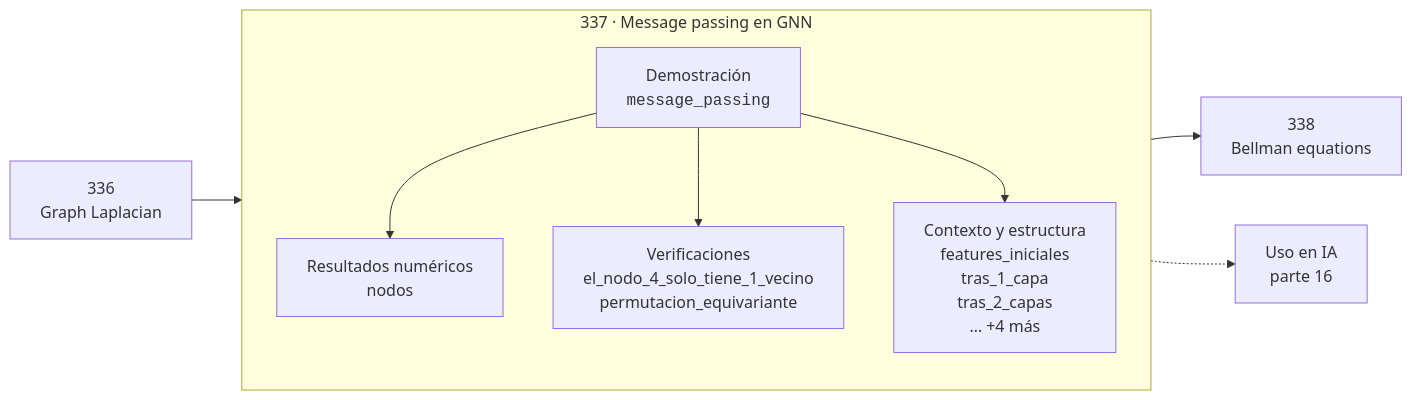
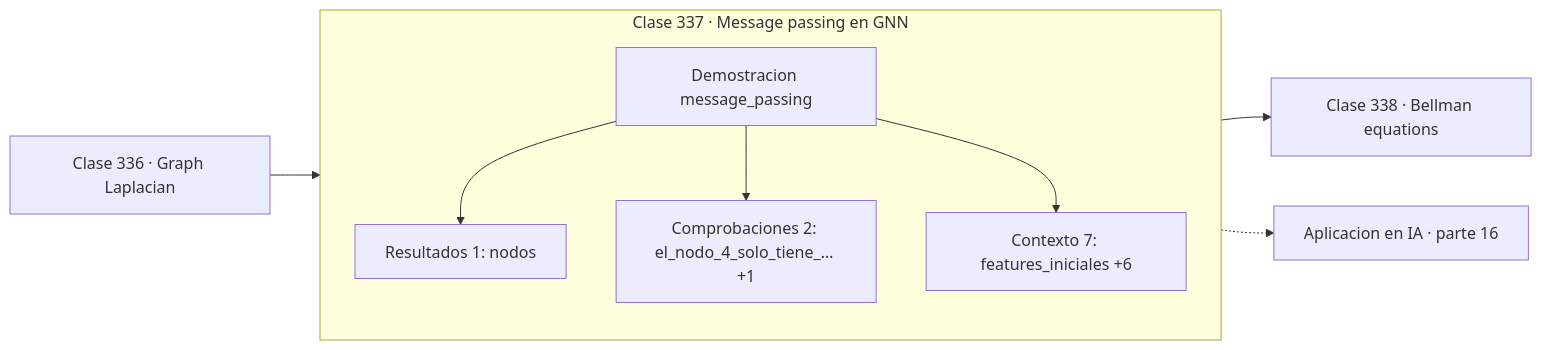
One commit to vladimiracunadev-create/computational-mathematics-program changed the diagram in classes/part-16-matematica-de-transformers-modelos-generativos-grafos-y-rl/337-message-passing-en-gnn/README.md. Above: the diagram before and after it, drawn with Mermaid. The commit also changed 389 other files, not shown here.

First line of the commit message:
fix(diagramas): elimina el HTML de las etiquetas Mermaid

````diff
--- a/classes/part-16-matematica-de-transformers-modelos-generativos-grafos-y-rl/337-message-passing-en-gnn/README.md
+++ b/classes/part-16-matematica-de-transformers-modelos-generativos-grafos-y-rl/337-message-passing-en-gnn/README.md
@@ -30,12 +30,13 @@
 ```mermaid
 flowchart LR
-    P["336<br/>Graph Laplacian"] --> C
-    subgraph C["337 · Message passing en GNN"]
+    P["Clase 336 · Graph Laplacian"] --> D
+    subgraph CLASE["Clase 337 · Message passing en GNN"]
         direction TB
-        D["Demostración<br/><code>message_passing</code>"] --> R["Resultados numéricos<br/>nodos"]
-        D --> V["Verificaciones<br/>el_nodo_4_solo_tiene_1_vecino<br/>permutacion_equivariante"]
-        D --> O["Contexto y estructura<br/>features_iniciales<br/>tras_1_capa<br/>tras_2_capas<br/>… +4 más"]
+        D["Demostracion message_passing"]
+        D --> R["Resultados 1: nodos"]
+        D --> V["Comprobaciones 2: el_nodo_4_solo_tiene_… +1"]
+        D --> O["Contexto 7: features_iniciales +6"]
     end
-    C --> N["338<br/>Bellman equations"]
-    C -.-> IA["Uso en IA<br/>parte 16"]
+    R --> N["Clase 338 · Bellman equations"]
+    V -.-> IA["Aplicacion en IA · parte 16"]
 ```
````
